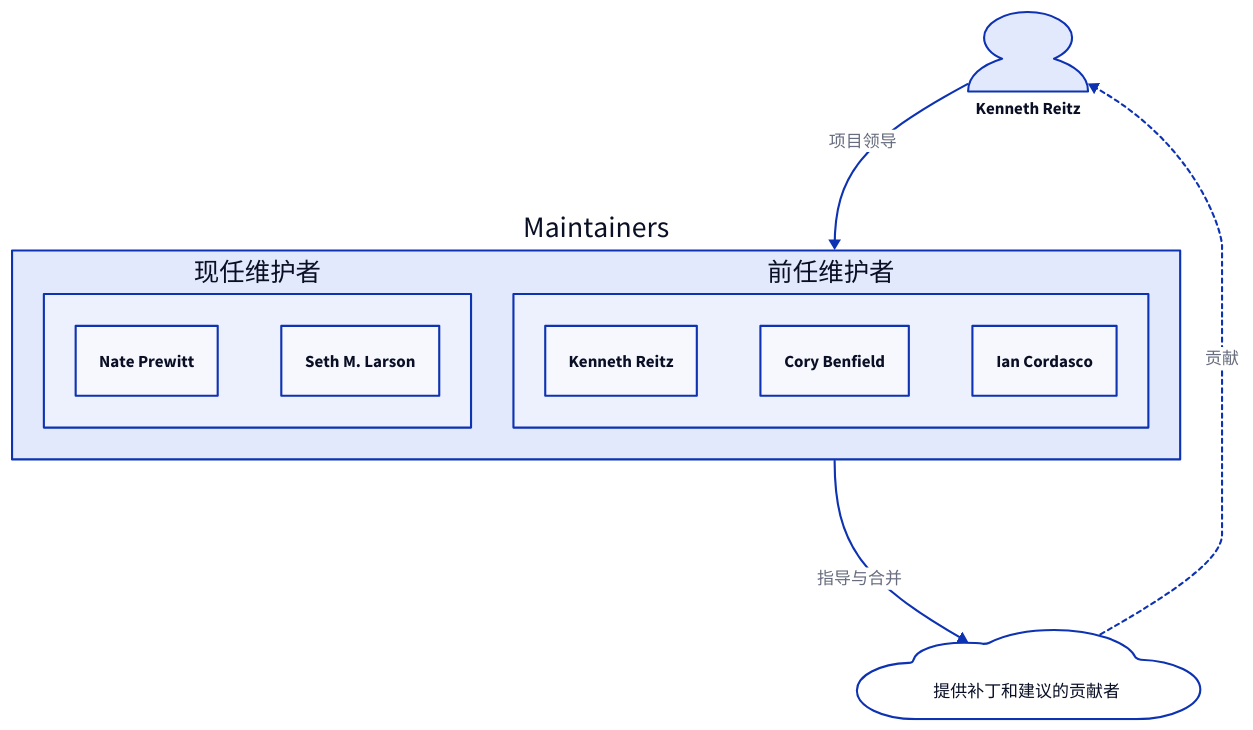
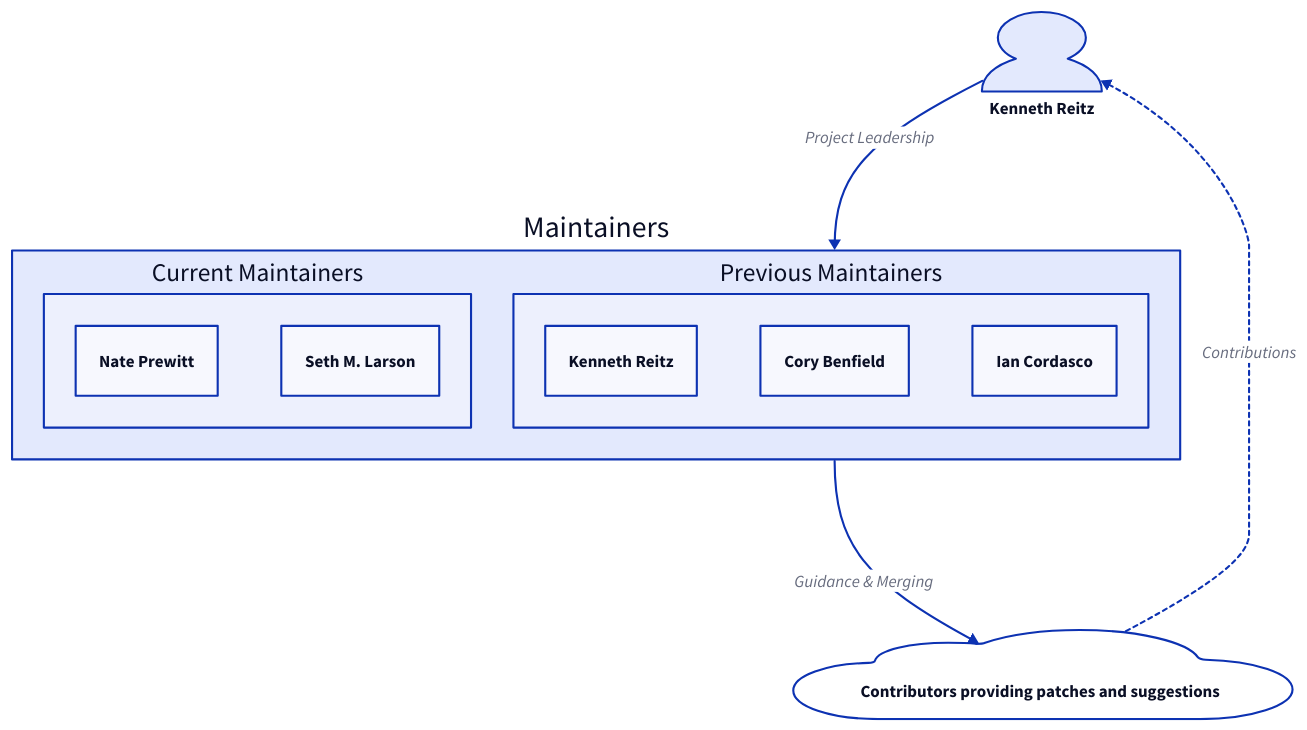
One commit to lban2049/requests changed the diagram in .aigne/doc-smith/docs/community-contributors.zh.md. Above: the diagram before and after it, drawn with D2. The commit also changed other lines of this file and 31 other files, not shown here.

````diff
--- a/.aigne/doc-smith/docs/community-contributors.zh.md
+++ b/.aigne/doc-smith/docs/community-contributors.zh.md
@@ -7,29 +7,29 @@
 ```d2
 direction: down
 
 Creator: "Kenneth Reitz" {
   shape: person
 }
 
 Maintainers: {
-  "现任维护者": {
+  "Current Maintainers": {
     "Nate Prewitt"
     "Seth M. Larson"
   }
-  "前任维护者": {
+  "Previous Maintainers": {
     "Kenneth Reitz"
     "Cory Benfield"
     "Ian Cordasco"
   }
 }
 
-Community: "提供补丁和建议的贡献者" {
+Community: "Contributors providing patches and suggestions" {
   shape: cloud
 }
 
-Creator -> Maintainers: "项目领导"
-Maintainers -> Community: "指导与合并"
-Community -> Creator: "贡献" {
+Creator -> Maintainers: "Project Leadership"
+Maintainers -> Community: "Guidance & Merging"
+Community -> Creator: "Contributions" {
     style.stroke-dash: 2
 }
 ```
````
